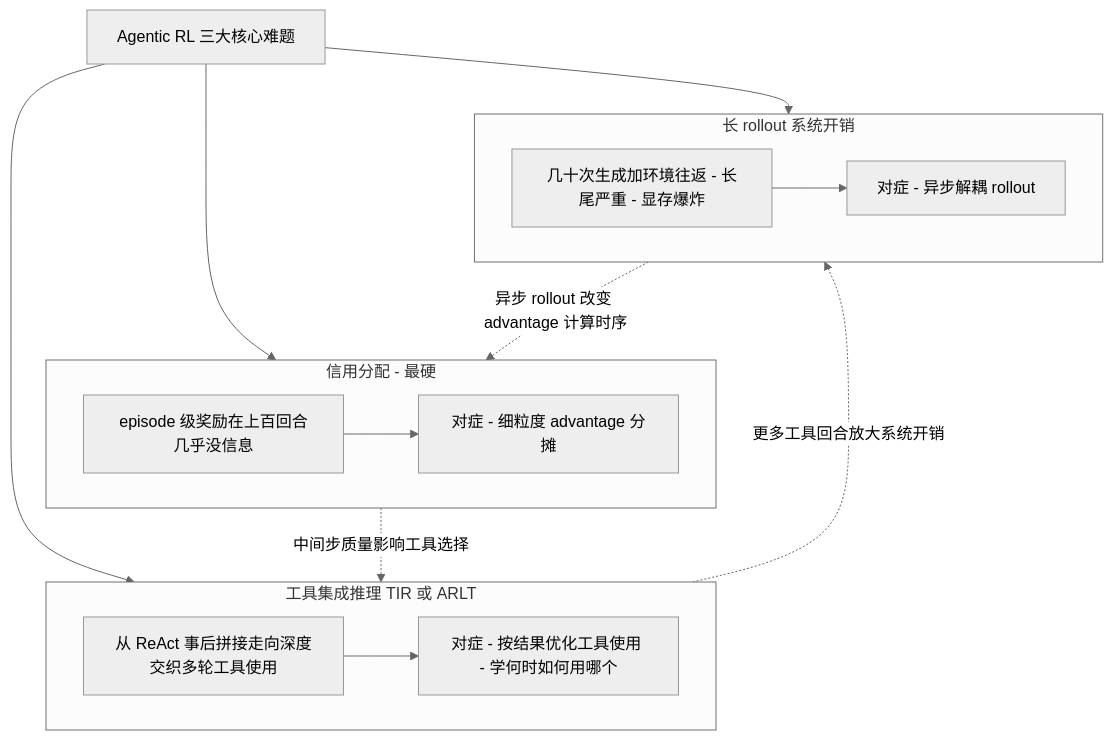
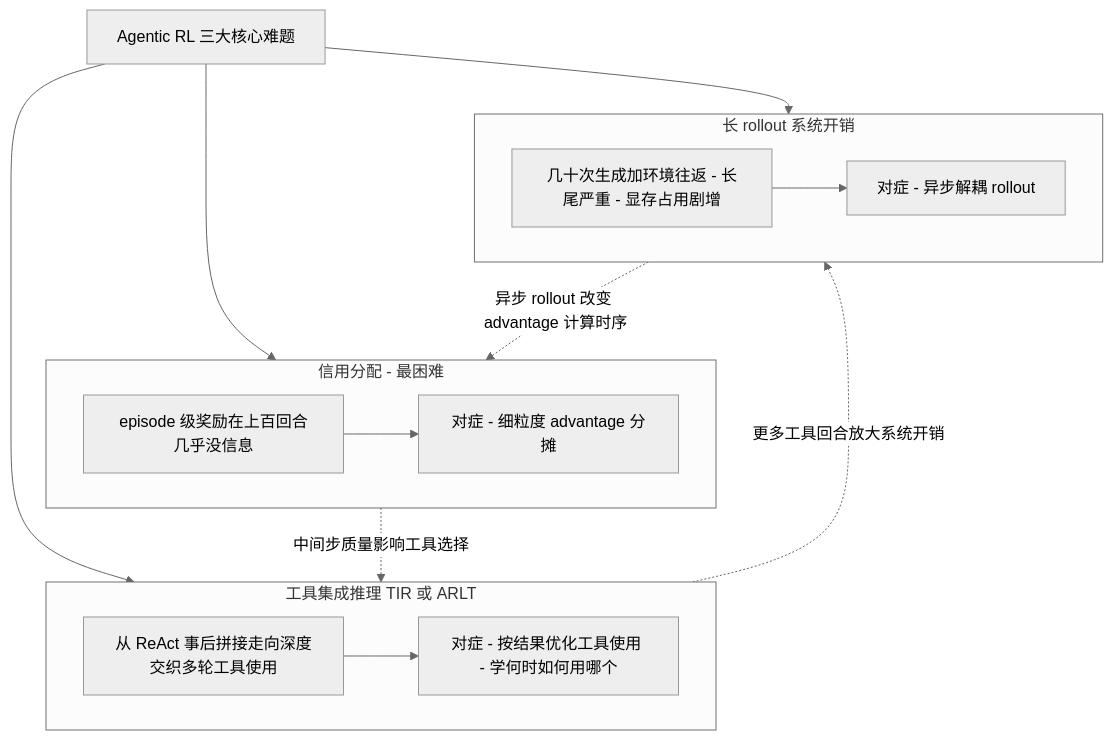
The fourth of 5 diagrams in docs/blog/dispatch-08-agentic-rl.md (lloo099/mission44), drawn with Mermaid (neutral theme) before and after one commit. The commit also changed other lines of this file and 22 other files, not shown here.

````diff
--- a/docs/blog/dispatch-08-agentic-rl.md
+++ b/docs/blog/dispatch-08-agentic-rl.md
@@ -90,19 +90,19 @@
 ```mermaid
 flowchart TB
   ROOT["Agentic RL 三大核心难题"]
-  subgraph C1 ["信用分配 - 最硬"]
+  subgraph C1 ["信用分配 - 最困难"]
     P1["episode 级奖励在上百回合几乎没信息"] --> S1["对症 - 细粒度 advantage 分摊"]
   end
   subgraph C2 ["工具集成推理 TIR 或 ARLT"]
     P2["从 ReAct 事后拼接走向深度交织多轮工具使用"] --> S2["对症 - 按结果优化工具使用 - 学何时如何用哪个"]
   end
   subgraph C3 ["长 rollout 系统开销"]
-    P3["几十次生成加环境往返 - 长尾严重 - 显存爆炸"] --> S3["对症 - 异步解耦 rollout"]
+    P3["几十次生成加环境往返 - 长尾严重 - 显存占用剧增"] --> S3["对症 - 异步解耦 rollout"]
   end
   ROOT --> C1
   ROOT --> C2
   ROOT --> C3
   C1 -. "中间步质量影响工具选择" .-> C2
   C2 -. "更多工具回合放大系统开销" .-> C3
   C3 -. "异步 rollout 改变 advantage 计算时序" .-> C1
 ```
````
